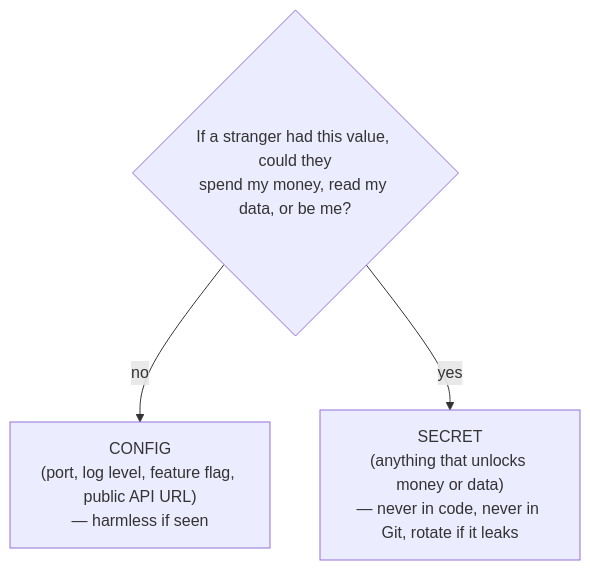
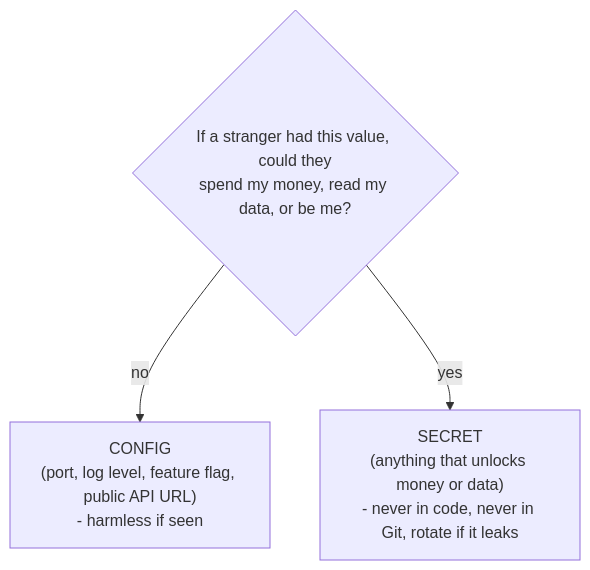
One commit to Topurrra/themissingmanual changed the diagram in guides/security/secrets-management/01-what-counts-as-a-secret.md. Above: the diagram before and after it, drawn with Mermaid. The commit also changed other lines of this file and 1072 other files, not shown here.

````diff
--- a/guides/security/secrets-management/01-what-counts-as-a-secret.md
+++ b/guides/security/secrets-management/01-what-counts-as-a-secret.md
@@ -22,6 +22,6 @@
 ```mermaid
 flowchart TD
   q{"If a stranger had this value, could they<br/>spend my money, read my data, or be me?"}
-  q -->|no| config["CONFIG<br/>(port, log level, feature flag, public API URL)<br/>— harmless if seen"]
-  q -->|yes| secret["SECRET<br/>(anything that unlocks money or data)<br/>— never in code, never in Git, rotate if it leaks"]
+  q -->|no| config["CONFIG<br/>(port, log level, feature flag, public API URL)<br/>- harmless if seen"]
+  q -->|yes| secret["SECRET<br/>(anything that unlocks money or data)<br/>- never in code, never in Git, rotate if it leaks"]
 ```
````
